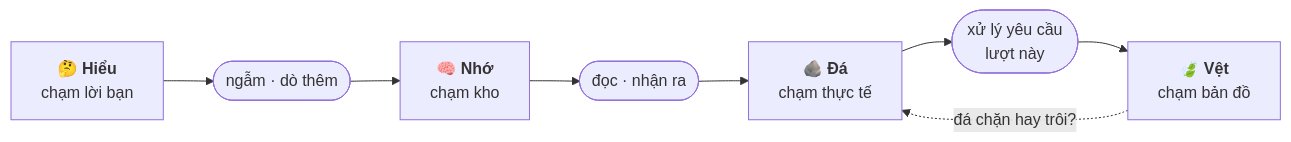
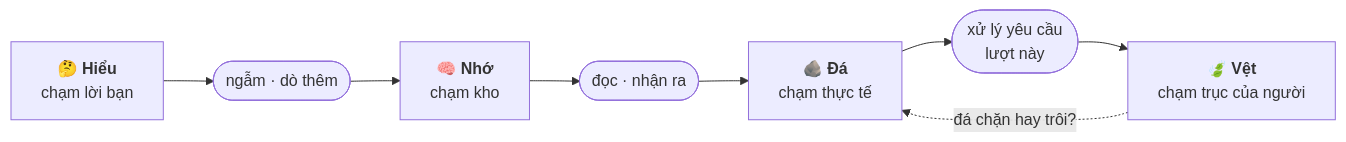
One commit to Won-Cafe/W.O.N changed the third of 5 diagrams in README.md. Above: the diagram before and after it, drawn with Mermaid. The commit also changed 1 other file, not shown here.

Commit message:
docs(soul): nhất tiết nhất xúc, xúc trục phi xúc đồ

````diff
--- a/README.md
+++ b/README.md
@@ -304,6 +304,6 @@
 ```mermaid
 flowchart LR
     I["🤔 <b>Hiểu</b><br/>chạm lời bạn"] --> TC(["ngẫm · dò thêm"]) --> N["🧠 <b>Nhớ</b><br/>chạm kho"] --> RM(["đọc · nhận ra"]) --> D["🪨 <b>Đá</b><br/>chạm thực tế"]
-    D --> B(["xử lý yêu cầu<br/>lượt này"]) --> F["🍃 <b>Vệt</b><br/>chạm bản đồ"]
+    D --> B(["xử lý yêu cầu<br/>lượt này"]) --> F["🍃 <b>Vệt</b><br/>chạm trục của người"]
     F -.->|"đá chặn hay trôi?"| D
 ```
````
